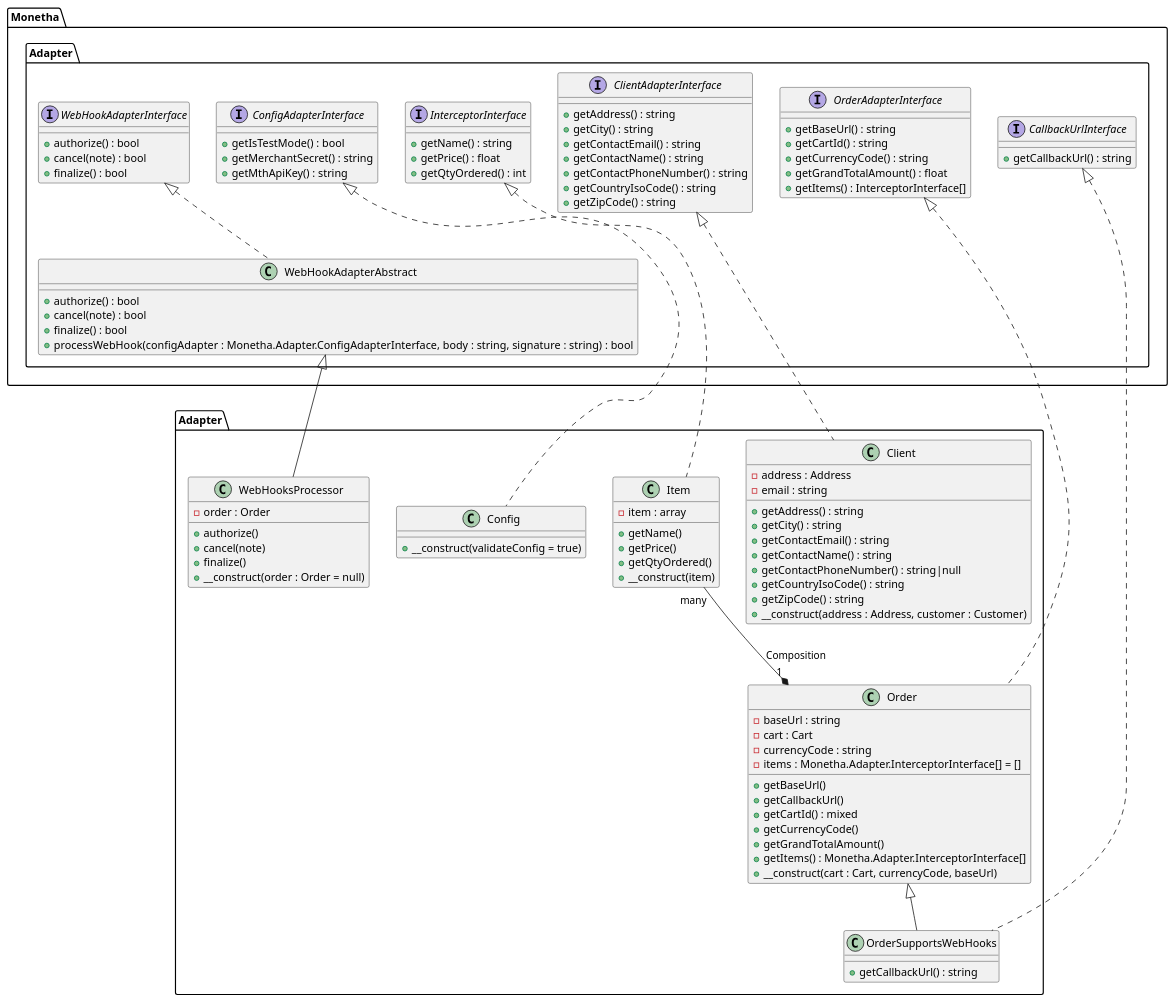
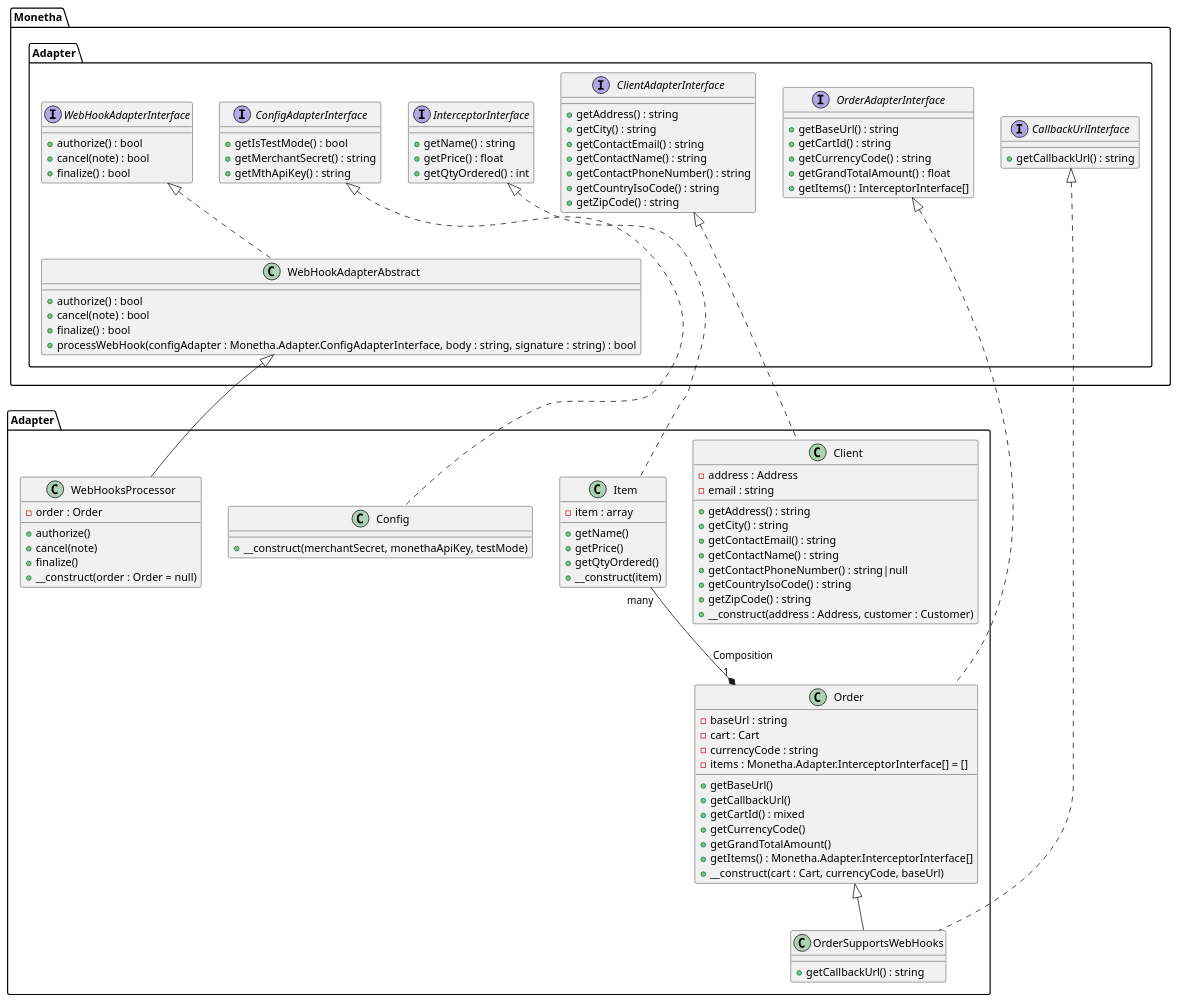
The diagram in example/payment-plugin-php-sdk.puml (monetha/payment-plugin-php-sdk), drawn with PlantUML before and after one commit. The commit also changed 1 other file, not shown here.

Commit message:
config uml fixed.

```diff
--- a/example/payment-plugin-php-sdk.puml
+++ b/example/payment-plugin-php-sdk.puml
@@ -1,112 +1,116 @@
 @startuml
 
 interface Monetha.Adapter.ConfigAdapterInterface {
     +getIsTestMode() : bool
     +getMerchantSecret() : string
     +getMthApiKey() : string
 }
 
 class Adapter.Config {
-    +__construct(validateConfig = true)
+    +__construct(merchantSecret, monethaApiKey, testMode)
 }
 class Adapter.Config implements Monetha.Adapter.ConfigAdapterInterface
+
 
 interface Monetha.Adapter.OrderAdapterInterface {
     +getBaseUrl() : string
     +getCartId() : string
     +getCurrencyCode() : string
     +getGrandTotalAmount() : float
     +getItems() : InterceptorInterface[]
 }
 
 class Adapter.Order {
     -baseUrl : string
     -cart : Cart
     -currencyCode : string
     -items : Monetha.Adapter.InterceptorInterface[] = []
     +getBaseUrl()
     +getCallbackUrl()
     +getCartId() : mixed
     +getCurrencyCode()
     +getGrandTotalAmount()
     +getItems() : Monetha.Adapter.InterceptorInterface[]
     +__construct(cart : Cart, currencyCode, baseUrl)
 }
 class Adapter.Order implements Monetha.Adapter.OrderAdapterInterface
 
 Adapter.Order "1" *-up- "many" Adapter.Item: Composition
 
 class Adapter.OrderSupportsWebHooks {
     +getCallbackUrl() : string
 }
 class Adapter.OrderSupportsWebHooks extends Adapter.Order
 class Adapter.OrderSupportsWebHooks implements Monetha.Adapter.CallbackUrlInterface
 
+
 interface Monetha.Adapter.InterceptorInterface {
     +getName() : string
     +getPrice() : float
     +getQtyOrdered() : int
 }
 
 class Adapter.Item {
     -item : array
     +getName()
     +getPrice()
     +getQtyOrdered()
     +__construct(item)
 }
 class Adapter.Item implements Monetha.Adapter.InterceptorInterface
 
+
 interface Monetha.Adapter.CallbackUrlInterface {
     +getCallbackUrl() : string
 }
+
 
 interface Monetha.Adapter.ClientAdapterInterface {
     +getAddress() : string
     +getCity() : string
     +getContactEmail() : string
     +getContactName() : string
     +getContactPhoneNumber() : string
     +getCountryIsoCode() : string
     +getZipCode() : string
 }
 
 class Adapter.Client {
     -address : Address
     -email : string
     +getAddress() : string
     +getCity() : string
     +getContactEmail() : string
     +getContactName() : string
     +getContactPhoneNumber() : string|null
     +getCountryIsoCode() : string
     +getZipCode() : string
     +__construct(address : Address, customer : Customer)
 }
 class Adapter.Client implements Monetha.Adapter.ClientAdapterInterface
 
 
 interface Monetha.Adapter.WebHookAdapterInterface {
     +authorize() : bool
     +cancel(note) : bool
     +finalize() : bool
 }
 
 class Adapter.WebHooksProcessor {
     -order : Order
     +authorize()
     +cancel(note)
     +finalize()
     +__construct(order : Order = null)
 }
 class Adapter.WebHooksProcessor extends Monetha.Adapter.WebHookAdapterAbstract
 
 abstract class Monetha.Adapter.WebHookAdapterAbstract {
     +authorize() : bool
     +cancel(note) : bool
     +finalize() : bool
     +processWebHook(configAdapter : Monetha.Adapter.ConfigAdapterInterface, body : string, signature : string) : bool
 }
 class Monetha.Adapter.WebHookAdapterAbstract implements Monetha.Adapter.WebHookAdapterInterface
 
 @enduml
```
